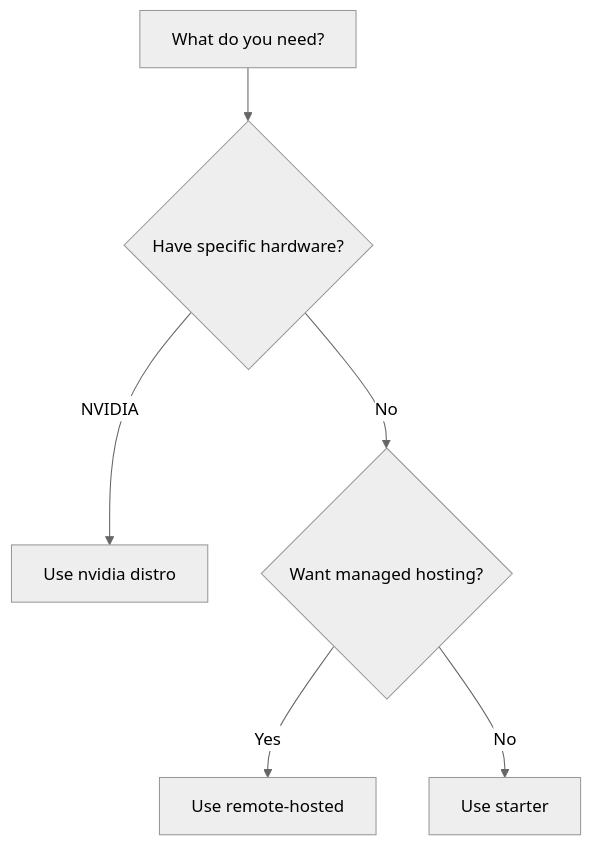
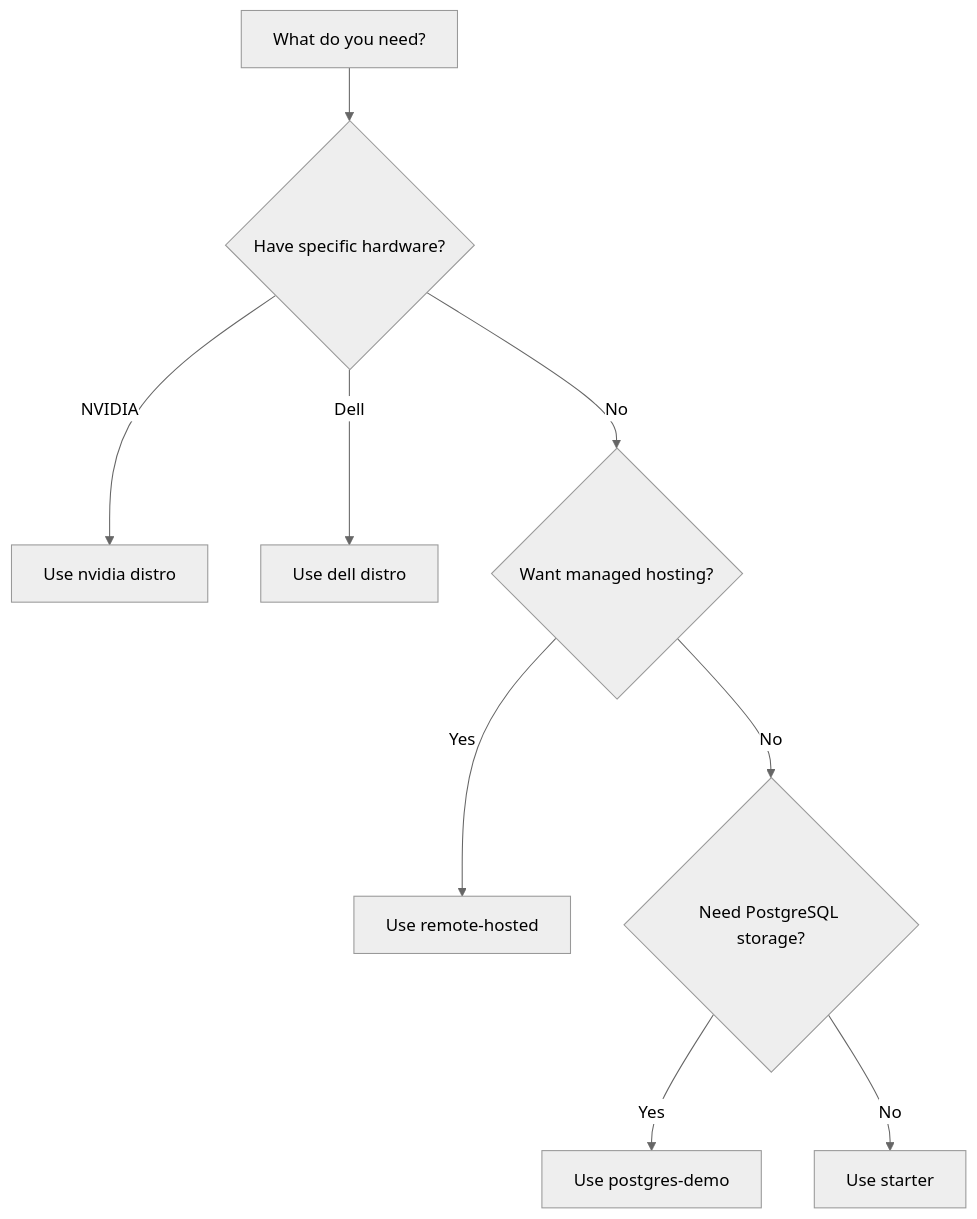
Before and after one commit to skamenan7/llama-stack: the diagram in docs/docs/distributions/list_of_distributions.mdx, drawn with Mermaid (neutral theme). The commit also changed other lines of this file and 6 other files, not shown here.

````diff
--- a/docs/docs/distributions/list_of_distributions.mdx
+++ b/docs/docs/distributions/list_of_distributions.mdx
@@ -42,8 +64,11 @@
 ```mermaid
 graph TD
     A[What do you need?] --> B{Have specific hardware?}
     B -->|NVIDIA| C[Use nvidia distro]
+    B -->|Dell| G[Use dell distro]
     B -->|No| D{Want managed hosting?}
     D -->|Yes| E[Use remote-hosted]
-    D -->|No| F[Use starter]
+    D -->|No| J{Need PostgreSQL storage?}
+    J -->|Yes| K[Use postgres-demo]
+    J -->|No| F[Use starter]
 ```
````
